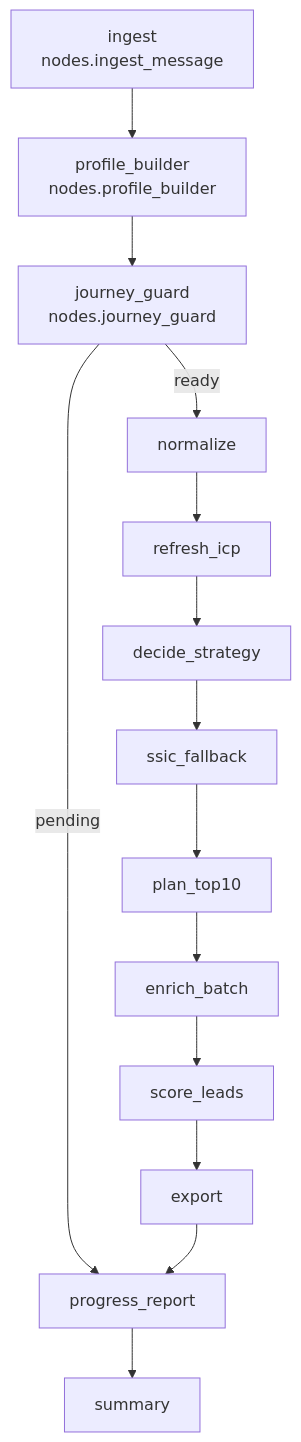
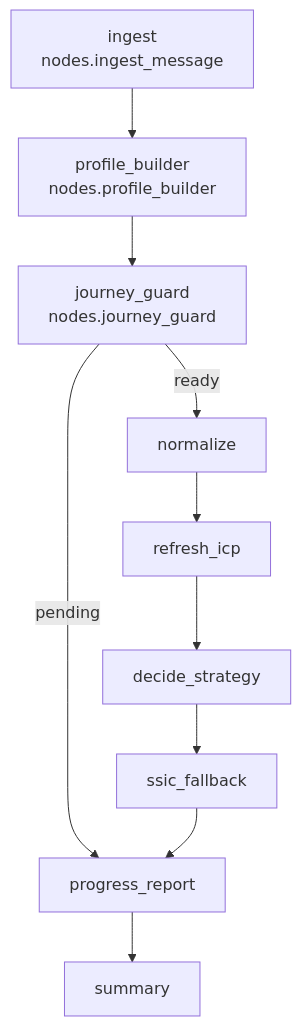
One commit to nexiuslabs/lead_generation-langgraph changed the diagram in AGENTS.md. Above: the diagram before and after it, drawn with Mermaid. The commit also changed other lines of this file and 10 other files, not shown here.

````diff
--- a/AGENTS.md
+++ b/AGENTS.md
@@ -101,10 +101,9 @@
 ```mermaid
 graph TD
     A[ingest\nnodes.ingest_message] --> B[profile_builder\nnodes.profile_builder]
     B --> C[journey_guard\nnodes.journey_guard]
     C -->|ready| D[normalize]
     C -->|pending| P[progress_report]
     D --> E[refresh_icp] --> F[decide_strategy] --> G[ssic_fallback]
-    G --> H[plan_top10] --> I[enrich_batch] --> J[score_leads] --> K[export]
-    K --> P --> S[summary]
+    G --> P --> S[summary]
 ```
````
